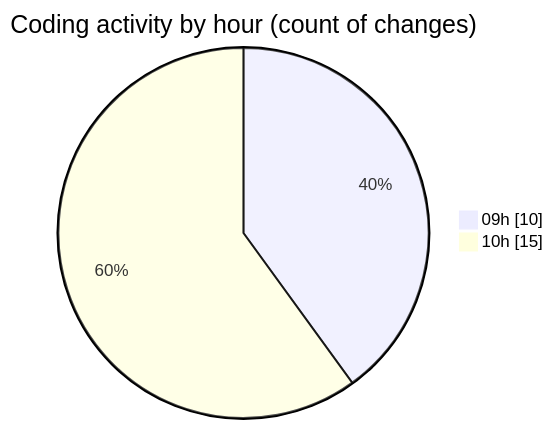
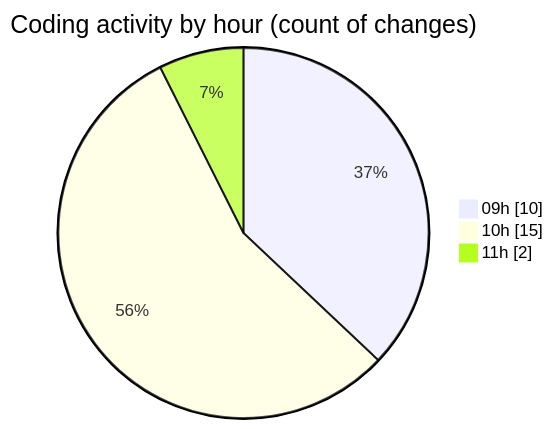
One commit to MatusMokan/code-tracking changed the second of 2 diagrams in 2025-03-21/myws__workspace_/README.md. Above: the diagram before and after it, drawn with Mermaid. The commit also changed other lines of this file and 1 other file, not shown here.

````diff
--- a/2025-03-21/myws__workspace_/README.md
+++ b/2025-03-21/myws__workspace_/README.md
@@ -30,6 +30,7 @@
 ```mermaid
 pie showData
 title Coding activity by hour (count of changes)
 "09h" : 10
 "10h" : 15
+"11h" : 2
 ```
````
